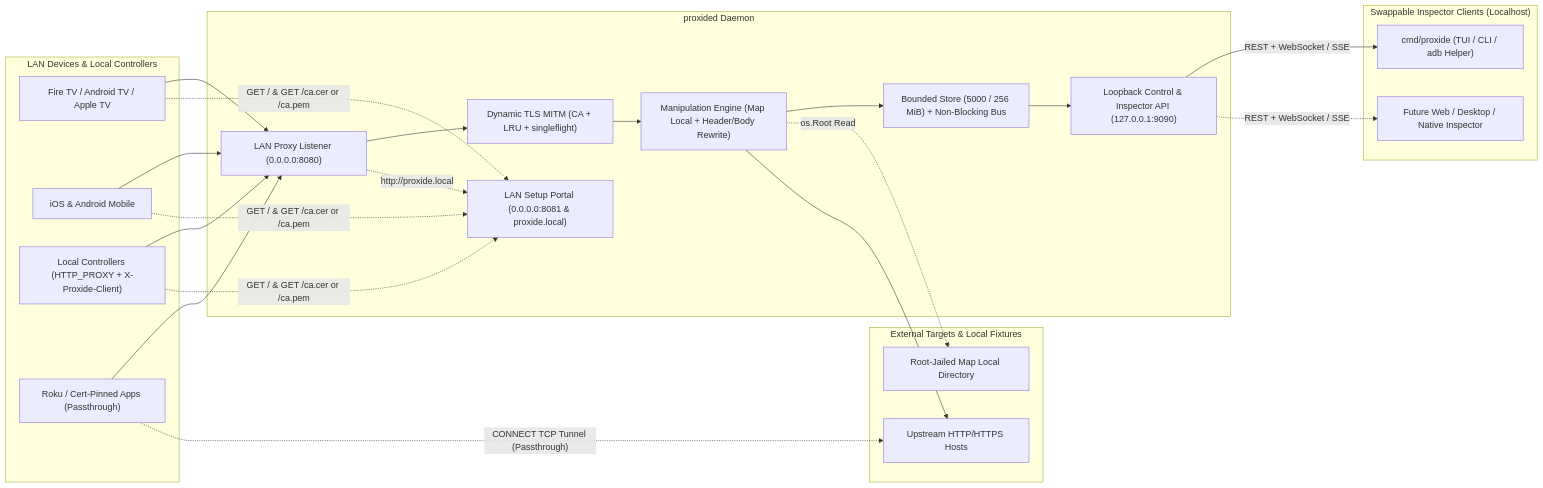
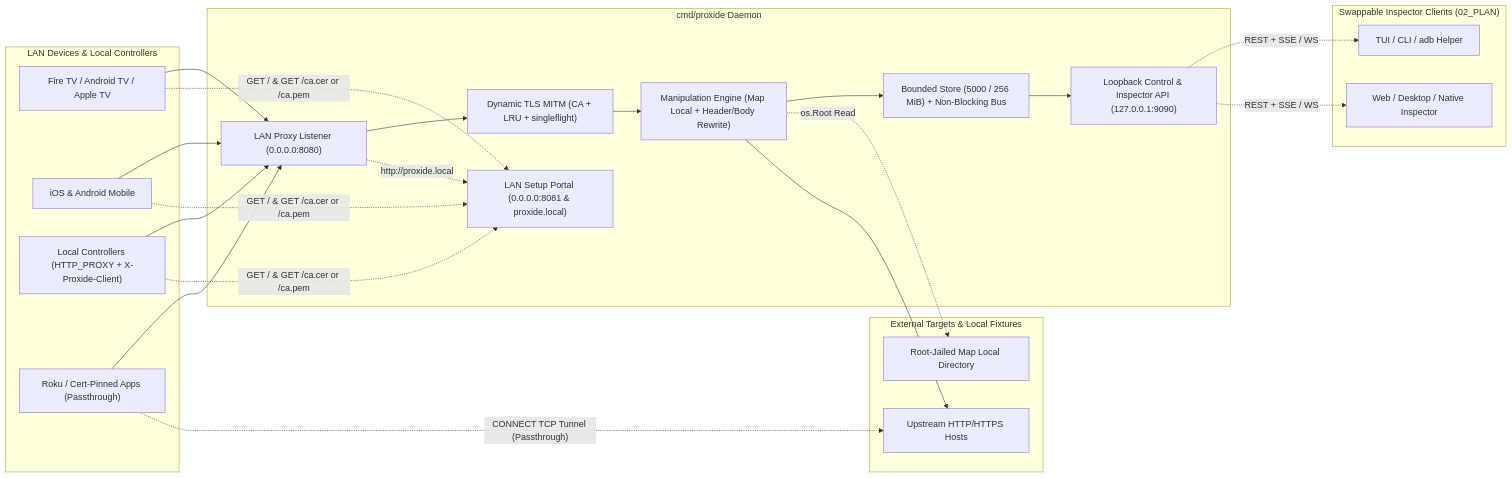
One commit to Cy-Codes/proxide changed the first of 4 diagrams in docs/01_PLAN.md. Above: the diagram before and after it, drawn with Mermaid. The commit also changed other lines of this file and 35 other files, not shown here.

````diff
--- a/docs/01_PLAN.md
+++ b/docs/01_PLAN.md
@@ -39,44 +41,44 @@
 ```mermaid
 flowchart LR
     subgraph LAN["LAN Devices & Local Controllers"]
         TV["Fire TV / Android TV / Apple TV"]
         Mobile["iOS & Android Mobile"]
         Ctrl["Local Controllers (HTTP_PROXY + X-Proxide-Client)"]
         BestEffort["Roku / Cert-Pinned Apps (Passthrough)"]
     end
 
-    subgraph Daemon["proxided Daemon"]
+    subgraph Daemon["cmd/proxide Daemon"]
         Proxy["LAN Proxy Listener (0.0.0.0:8080)"]
         Portal["LAN Setup Portal (0.0.0.0:8081 & proxide.local)"]
         MITM["Dynamic TLS MITM (CA + LRU + singleflight)"]
         Rewrite["Manipulation Engine (Map Local + Header/Body Rewrite)"]
         StoreBus["Bounded Store (5000 / 256 MiB) + Non-Blocking Bus"]
         API["Loopback Control & Inspector API (127.0.0.1:9090)"]
     end
 
     subgraph Upstream["External Targets & Local Fixtures"]
         Net["Upstream HTTP/HTTPS Hosts"]
         LocalFS["Root-Jailed Map Local Directory"]
     end
 
-    subgraph Inspectors["Swappable Inspector Clients (Localhost)"]
-        CLI["cmd/proxide (TUI / CLI / adb Helper)"]
-        FutureUI["Future Web / Desktop / Native Inspector"]
+    subgraph Inspectors["Swappable Inspector Clients (02_PLAN)"]
+        CLI["TUI / CLI / adb Helper"]
+        FutureUI["Web / Desktop / Native Inspector"]
     end
 
     TV & Mobile & Ctrl --> Proxy
     BestEffort --> Proxy
     TV & Mobile & Ctrl -. "GET / & GET /ca.cer or /ca.pem" .-> Portal
 
     Proxy --> MITM
     Proxy -. "http://proxide.local" .-> Portal
     MITM --> Rewrite
     Rewrite --> StoreBus
     Rewrite -. "os.Root Read" .-> LocalFS
     Rewrite --> Net
     BestEffort -. "CONNECT TCP Tunnel (Passthrough)" .-> Net
 
     StoreBus --> API
-    API -- "REST + WebSocket / SSE" --> CLI
-    API -. "REST + WebSocket / SSE" .-> FutureUI
+    API -. "REST + SSE / WS" .-> CLI
+    API -. "REST + SSE / WS" .-> FutureUI
 ```
````
